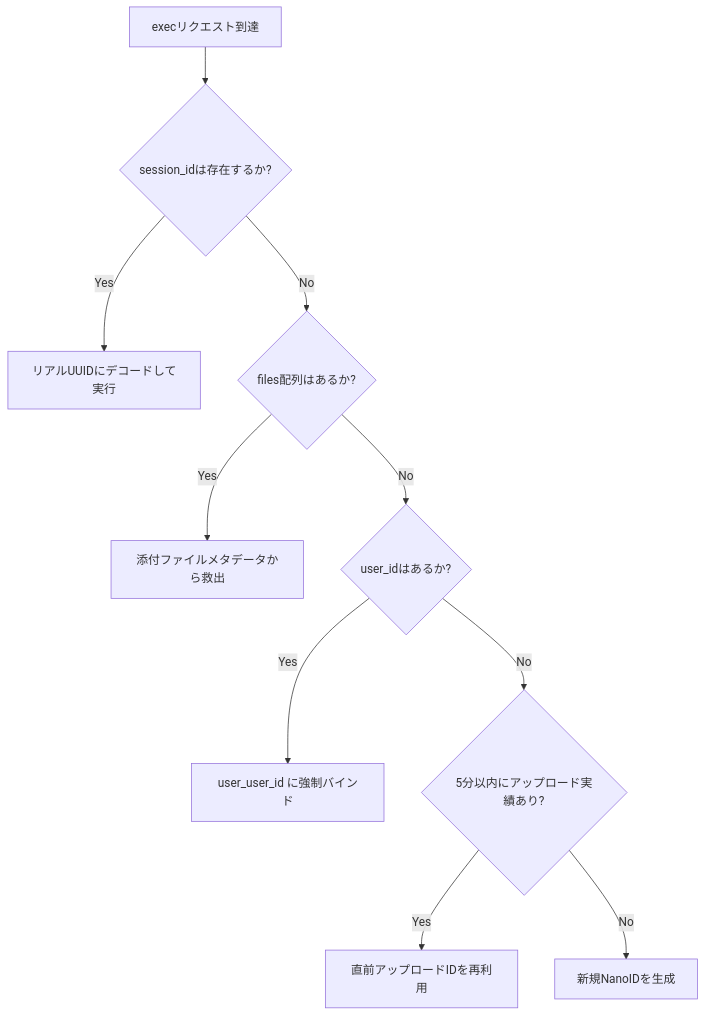
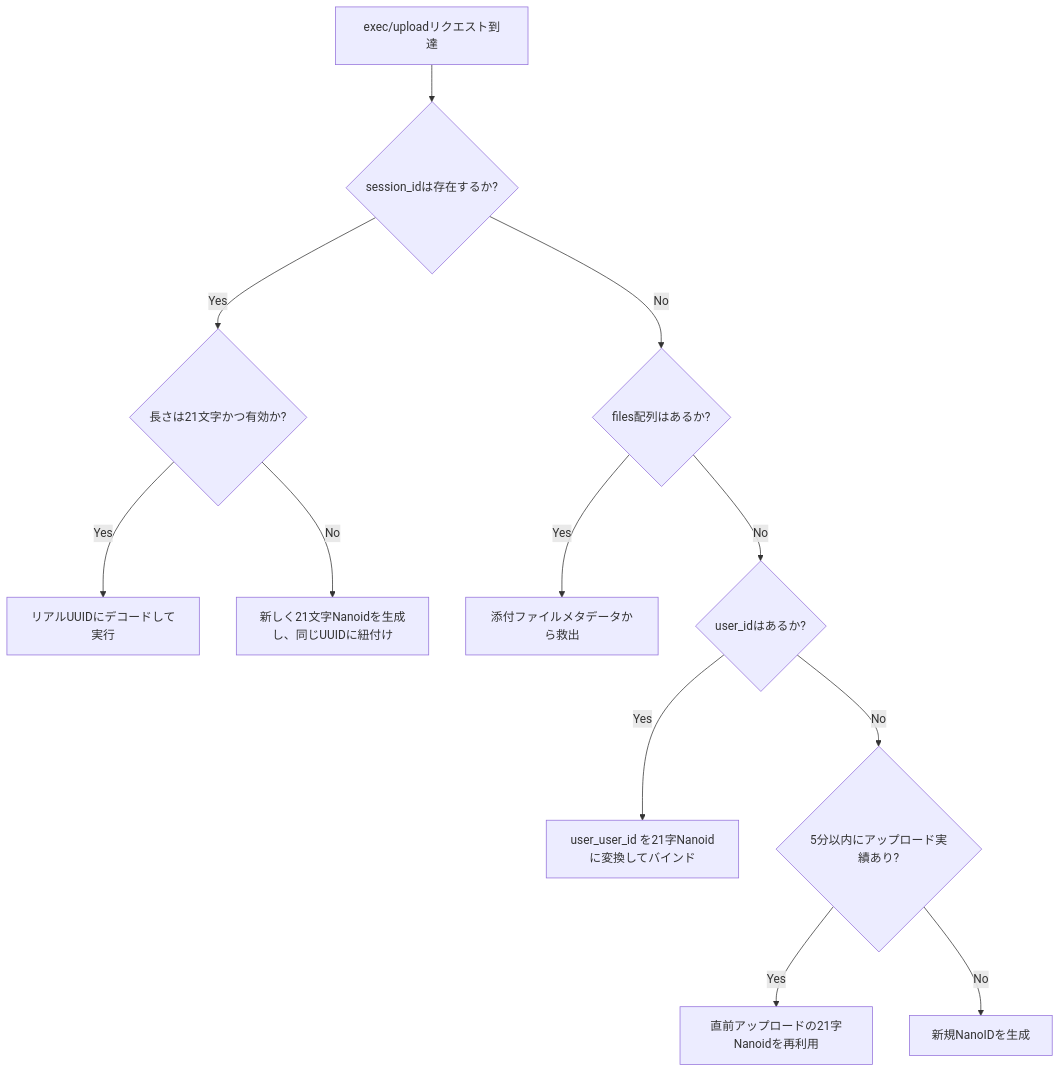
The diagram in docs/archive/librechat_session_id_bug_analysis.md (chottokun/LibreChat_with_local_CI), drawn with Mermaid before and after one commit. The commit also changed other lines of this file and 1 other file, not shown here.

First line of the commit message:
📝 Update session ID analysis document to reflect compliant 21-character Nanoid mapping guarantee

````diff
--- a/docs/archive/librechat_session_id_bug_analysis.md
+++ b/docs/archive/librechat_session_id_bug_analysis.md
@@ -24,12 +24,14 @@
 ```mermaid
 graph TD
-    Request[execリクエスト到達] --> CheckSID{session_idは存在するか?}
-    CheckSID -- Yes --> MapSID[リアルUUIDにデコードして実行]
+    Request[exec/uploadリクエスト到達] --> CheckSID{session_idは存在するか?}
+    CheckSID -- Yes --> CheckLen{長さは21文字かつ有効か?}
+    CheckLen -- Yes --> MapSID[リアルUUIDにデコードして実行]
+    CheckLen -- No --> GenCompliant[新しく21文字Nanoidを生成し、同じUUIDに紐付け]
     CheckSID -- No --> CheckFiles{files配列はあるか?}
     CheckFiles -- Yes --> ExtFiles[添付ファイルメタデータから救出]
     CheckFiles -- No --> CheckUID{user_idはあるか?}
-    CheckUID -- Yes --> BindUID[user_user_id に強制バインド]
+    CheckUID -- Yes --> BindUID[user_user_id を21字Nanoidに変換してバインド]
     CheckUID -- No --> CheckCache{5分以内にアップロード実績あり?}
-    CheckCache -- Yes --> UseCache[直前アップロードIDを再利用]
+    CheckCache -- Yes --> UseCache[直前アップロードの21字Nanoidを再利用]
     CheckCache -- No --> GenNew[新規NanoIDを生成]
 ```
````
